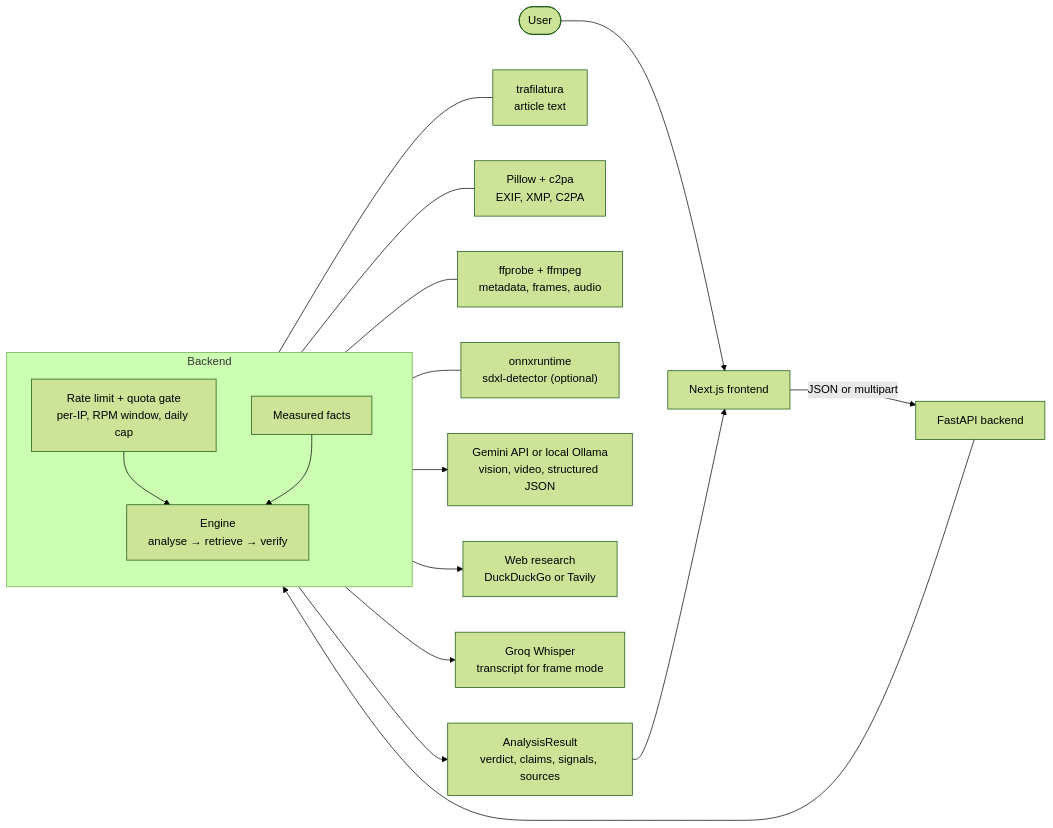
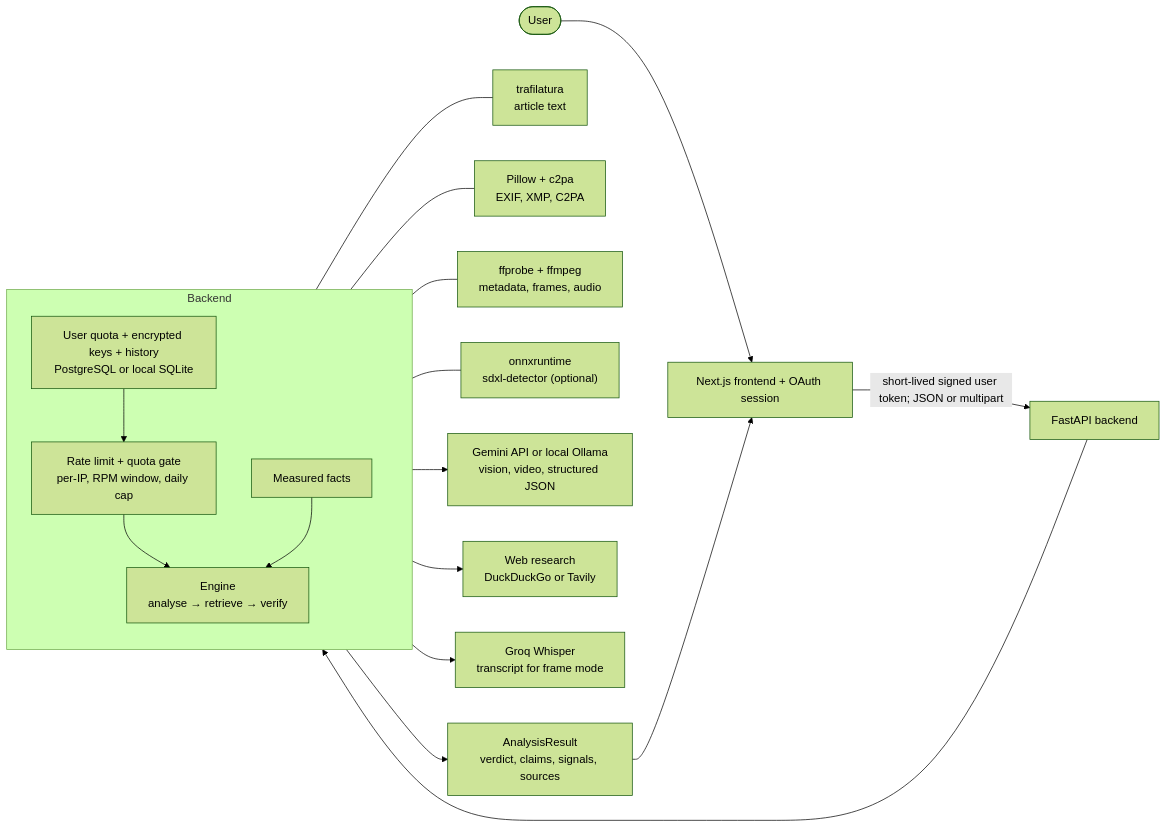
Before and after one commit to muditagrawal-alt/Deepfake-and-Fake-News-Detector: the first of 2 diagrams in README.md, drawn with Mermaid (forest theme). The commit also changed other lines of this file and 6 other files, not shown here.

````diff
--- a/README.md
+++ b/README.md
@@ -49,28 +49,30 @@
 ```mermaid
 flowchart LR
-  U([User]) --> FE["Next.js frontend"]
-  FE -->|"JSON or multipart"| API["FastAPI backend"]
+  U([User]) --> FE["Next.js frontend + OAuth session"]
+  FE -->|"short-lived signed user token; JSON or multipart"| API["FastAPI backend"]
 
   subgraph API_INTERNALS ["Backend"]
     direction TB
     GATE["Rate limit + quota gate<br/>per-IP, RPM window, daily cap"]
+    ACCT["User quota + encrypted keys + history<br/>PostgreSQL or local SQLite"]
     FOR["Measured facts"]
     ANA["Engine<br/>analyse → retrieve → verify"]
     GATE --> ANA
+    ACCT --> GATE
     FOR --> ANA
   end
 
   API --> GATE
 
   FOR --- F1["trafilatura<br/>article text"]
   FOR --- F2["Pillow + c2pa<br/>EXIF, XMP, C2PA"]
   FOR --- F3["ffprobe + ffmpeg<br/>metadata, frames, audio"]
   FOR --- F4["onnxruntime<br/>sdxl-detector (optional)"]
 
   ANA --> GEM["Gemini API or local Ollama<br/>vision, video, structured JSON"]
   ANA --> RES["Web research<br/>DuckDuckGo or Tavily"]
   ANA --> WHI["Groq Whisper<br/>transcript for frame mode"]
 
   ANA --> OUT["AnalysisResult<br/>verdict, claims, signals, sources"]
   OUT --> FE
 ```
````
